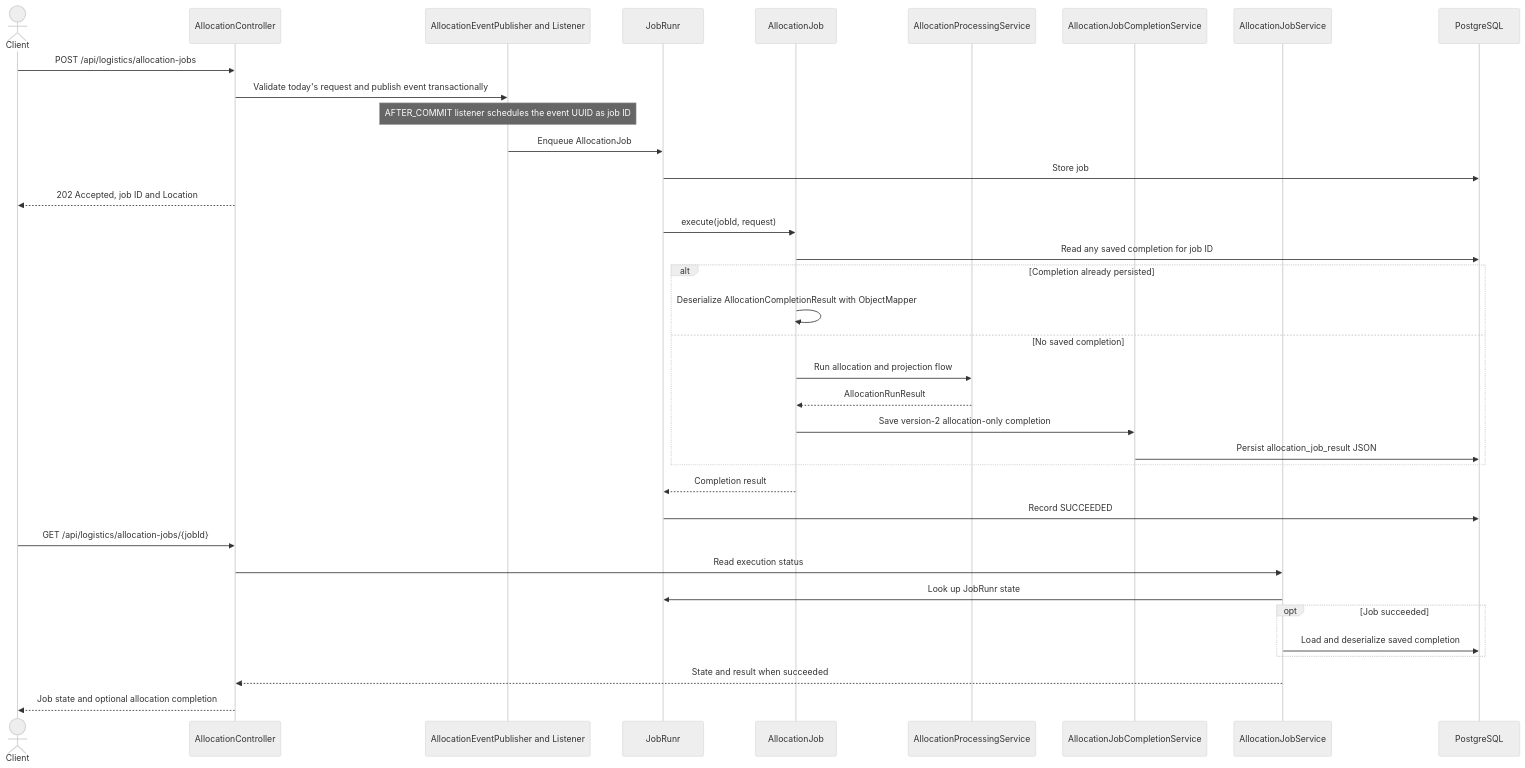
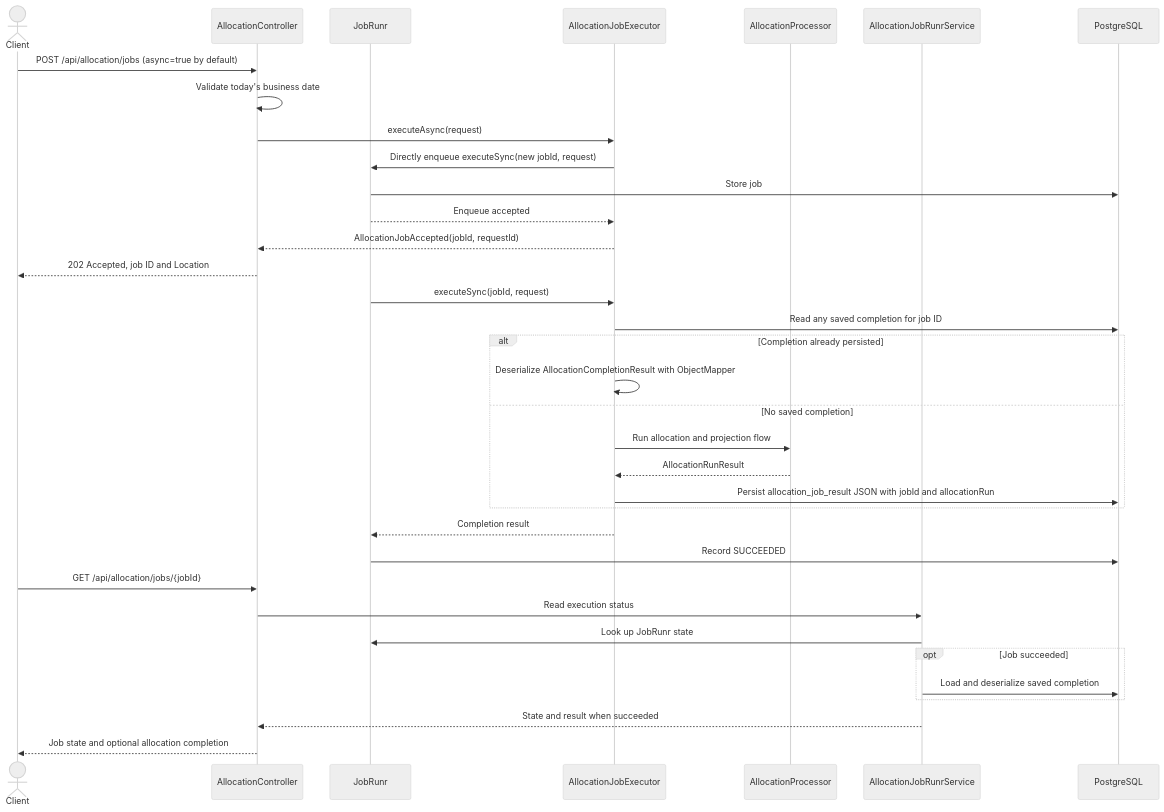
The eighth of 15 diagrams in .github/memory/architecture.md (vriesjo/stockio), drawn with Mermaid (neutral theme) before and after one commit. The commit also changed other lines of this file and 2 other files, not shown here.

````diff
--- a/.github/memory/architecture.md
+++ b/.github/memory/architecture.md
@@ -650,39 +678,38 @@
 ```mermaid
 sequenceDiagram
     actor Client
     participant REST as AllocationController
-    participant Events as AllocationEventPublisher and Listener
     participant Runtime as JobRunr
-    participant Job as AllocationJob
-    participant Processing as AllocationProcessingService
-    participant Completion as AllocationJobCompletionService
-    participant Status as AllocationJobService
+    participant Job as AllocationJobExecutor
+    participant Processing as AllocationProcessor
+    participant Status as AllocationJobRunrService
     participant DB as PostgreSQL
 
-    Client->>REST: POST /api/logistics/allocation-jobs
-    REST->>Events: Validate today's request and publish event transactionally
-    Note over Events: AFTER_COMMIT listener schedules the event UUID as job ID
-    Events->>Runtime: Enqueue AllocationJob
+    Client->>REST: POST /api/allocation/jobs (async=true by default)
+    REST->>REST: Validate today's business date
+    REST->>Job: executeAsync(request)
+    Job->>Runtime: Directly enqueue executeSync(new jobId, request)
     Runtime->>DB: Store job
+    Runtime-->>Job: Enqueue accepted
+    Job-->>REST: AllocationJobAccepted(jobId, requestId)
     REST-->>Client: 202 Accepted, job ID and Location
-    Runtime->>Job: execute(jobId, request)
+    Runtime->>Job: executeSync(jobId, request)
     Job->>DB: Read any saved completion for job ID
     alt Completion already persisted
         Job->>Job: Deserialize AllocationCompletionResult with ObjectMapper
     else No saved completion
         Job->>Processing: Run allocation and projection flow
         Processing-->>Job: AllocationRunResult
-        Job->>Completion: Save version-2 allocation-only completion
-        Completion->>DB: Persist allocation_job_result JSON
+        Job->>DB: Persist allocation_job_result JSON with jobId and allocationRun
     end
     Job-->>Runtime: Completion result
     Runtime->>DB: Record SUCCEEDED
-    Client->>REST: GET /api/logistics/allocation-jobs/{jobId}
+    Client->>REST: GET /api/allocation/jobs/{jobId}
     REST->>Status: Read execution status
     Status->>Runtime: Look up JobRunr state
     opt Job succeeded
         Status->>DB: Load and deserialize saved completion
     end
     Status-->>REST: State and result when succeeded
     REST-->>Client: Job state and optional allocation completion
 ```
````
